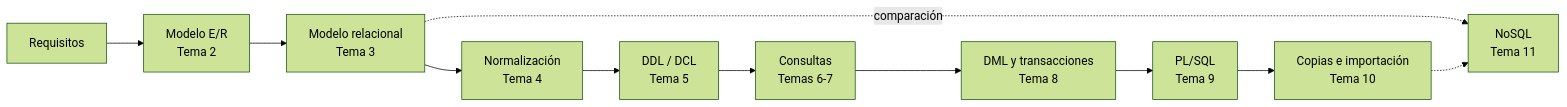
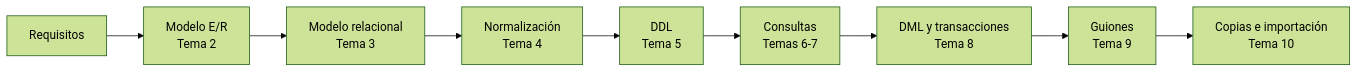
The diagram in content.es/_index.md (LorenaLResusta/GBD), drawn with Mermaid (forest theme) before and after one commit. The commit also changed other lines of this file and 90 other files, not shown here.

````diff
--- a/content.es/_index.md
+++ b/content.es/_index.md
@@ -25,13 +24,11 @@
 ```mermaid
 flowchart LR
     A[Requisitos] --> B[Modelo E/R<br/>Tema 2]
     B --> C[Modelo relacional<br/>Tema 3]
     C --> D[Normalización<br/>Tema 4]
-    D --> E[DDL / DCL<br/>Tema 5]
+    D --> E[DDL<br/>Tema 5]
     E --> F[Consultas<br/>Temas 6-7]
     F --> G[DML y transacciones<br/>Tema 8]
-    G --> H[PL/SQL<br/>Tema 9]
+    G --> H[Guiones<br/>Tema 9]
     H --> J[Copias e importación<br/>Tema 10]
-    C -.comparación.-> I[NoSQL<br/>Tema 11]
-    J -.-> I
 ```
````
